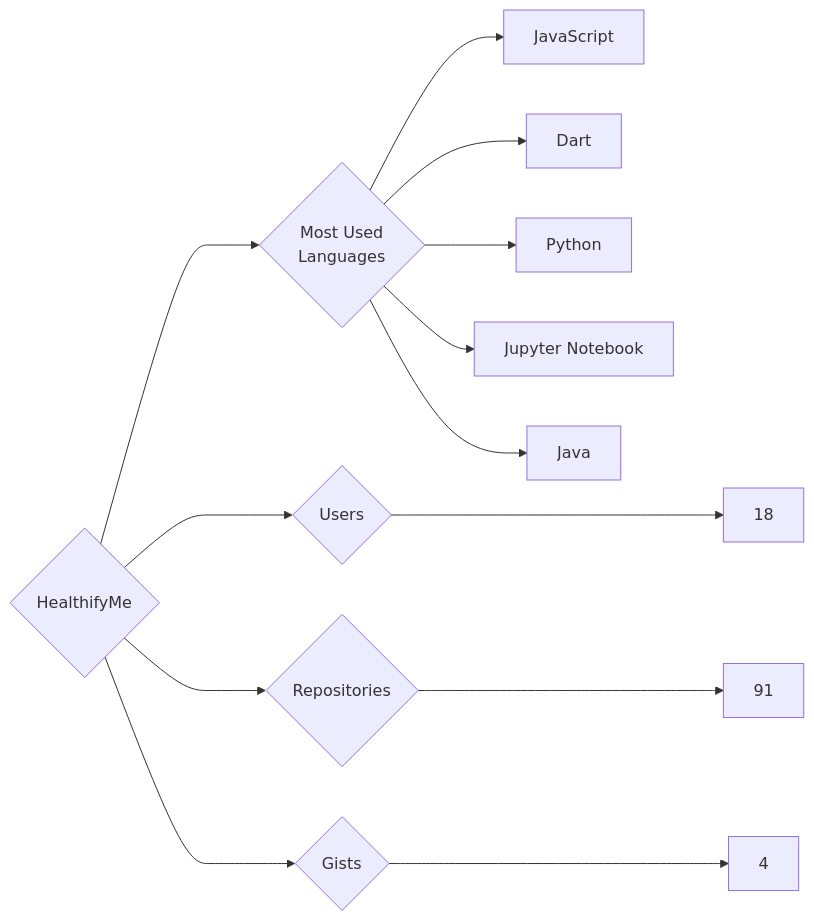
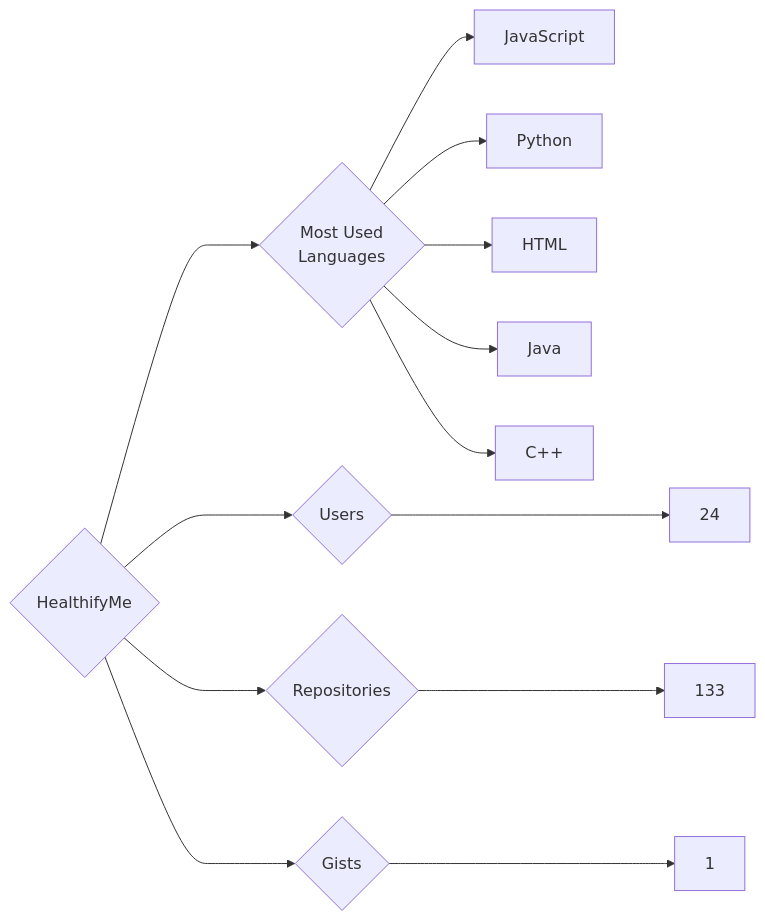
One commit to trickest/insiders changed the diagram in targets/HealthifyMe/README.md. Above: the diagram before and after it, drawn with Mermaid. The commit also changed 757 other files, not shown here.

````diff
--- a/targets/HealthifyMe/README.md
+++ b/targets/HealthifyMe/README.md
@@ -3,13 +3,13 @@
 ```mermaid
 graph LR
 COMPANY_NAME{HealthifyMe}
-COMPANY_NAME ---> U{Users} ---> UN[18]
-COMPANY_NAME ---> R{Repositories} ---> RN[91]
-COMPANY_NAME ---> G{Gists} ---> GN[4]
+COMPANY_NAME ---> U{Users} ---> UN[24]
+COMPANY_NAME ---> R{Repositories} ---> RN[133]
+COMPANY_NAME ---> G{Gists} ---> GN[1]
 COMPANY_NAME ---> ML{Most Used<br>Languages}
 ML --> JavaScript[JavaScript]
-ML --> Dart[Dart]
 ML --> Python[Python]
-ML --> Jupyter_Notebook[Jupyter Notebook]
+ML --> HTML[HTML]
 ML --> Java[Java]
+ML --> C++[C++]
 ```
````
